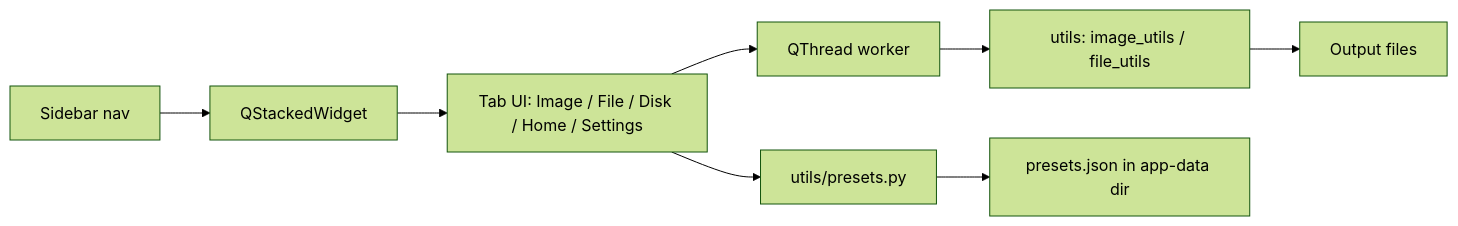
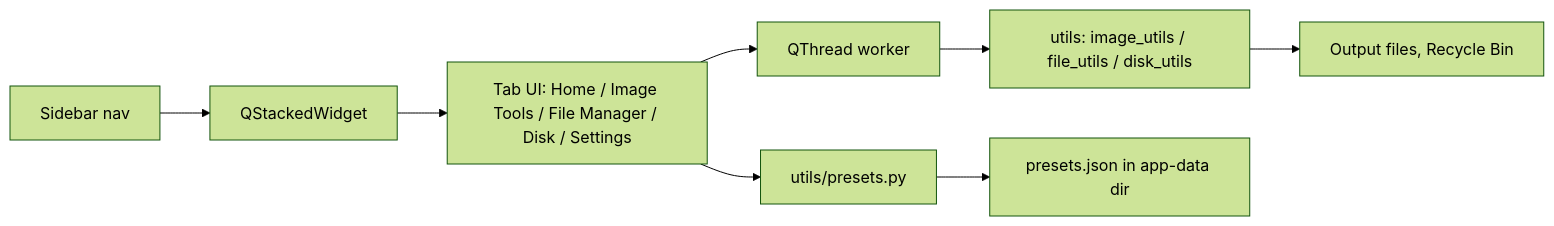
The diagram in README.md (TechCabana/utility-tool), drawn with Mermaid (forest theme) before and after one commit. The commit also changed other lines of this file, not shown here.

````diff
--- a/README.md
+++ b/README.md
@@ -161,10 +170,10 @@
 ```mermaid
 flowchart LR
     A[Sidebar nav] --> B[QStackedWidget]
-    B --> C[Tab UI: Image / File / Disk / Home / Settings]
+    B --> C[Tab UI: Home / Image Tools / File Manager / Disk / Settings]
     C --> D[QThread worker]
-    D --> E[utils: image_utils / file_utils]
-    E --> F[Output files]
+    D --> E[utils: image_utils / file_utils / disk_utils]
+    E --> F[Output files, Recycle Bin]
     C --> G[utils/presets.py]
     G --> H[presets.json in app-data dir]
 ```
````
